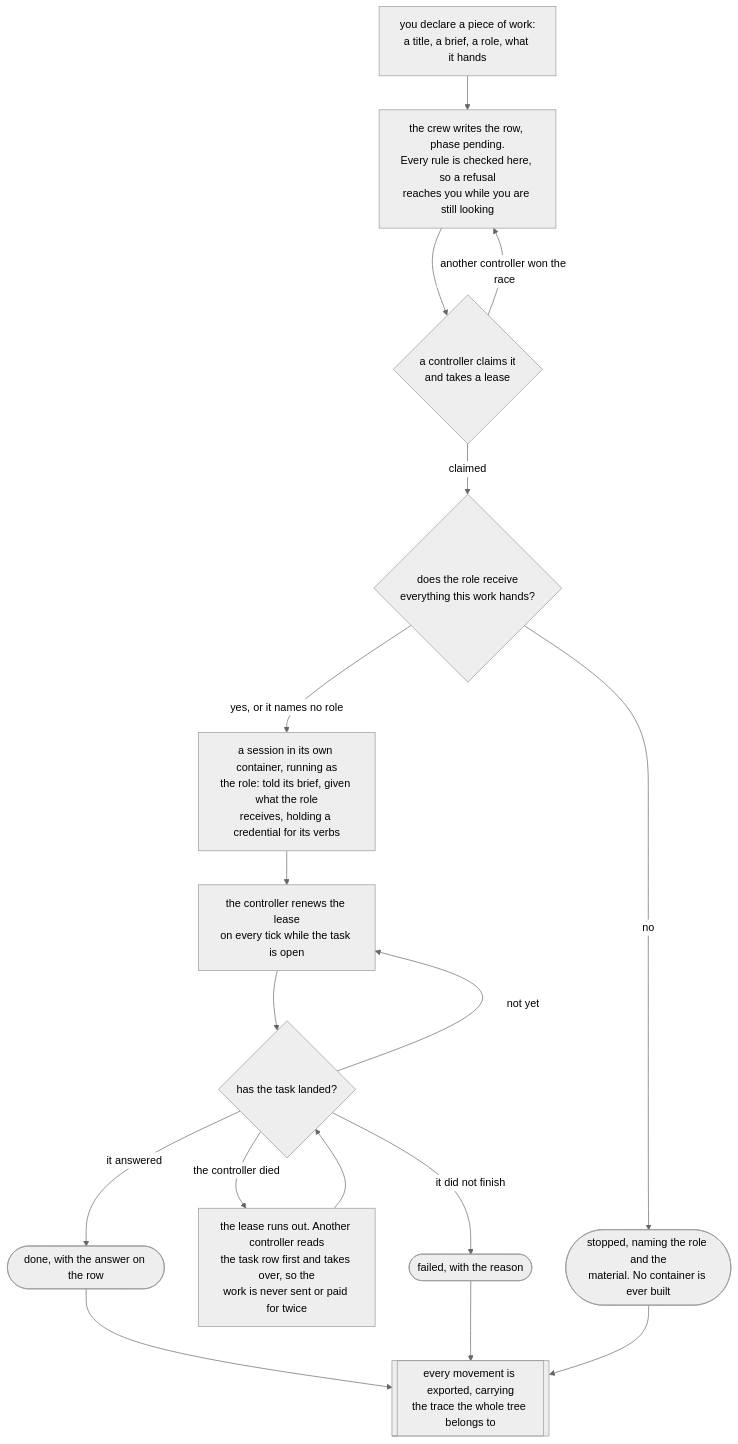
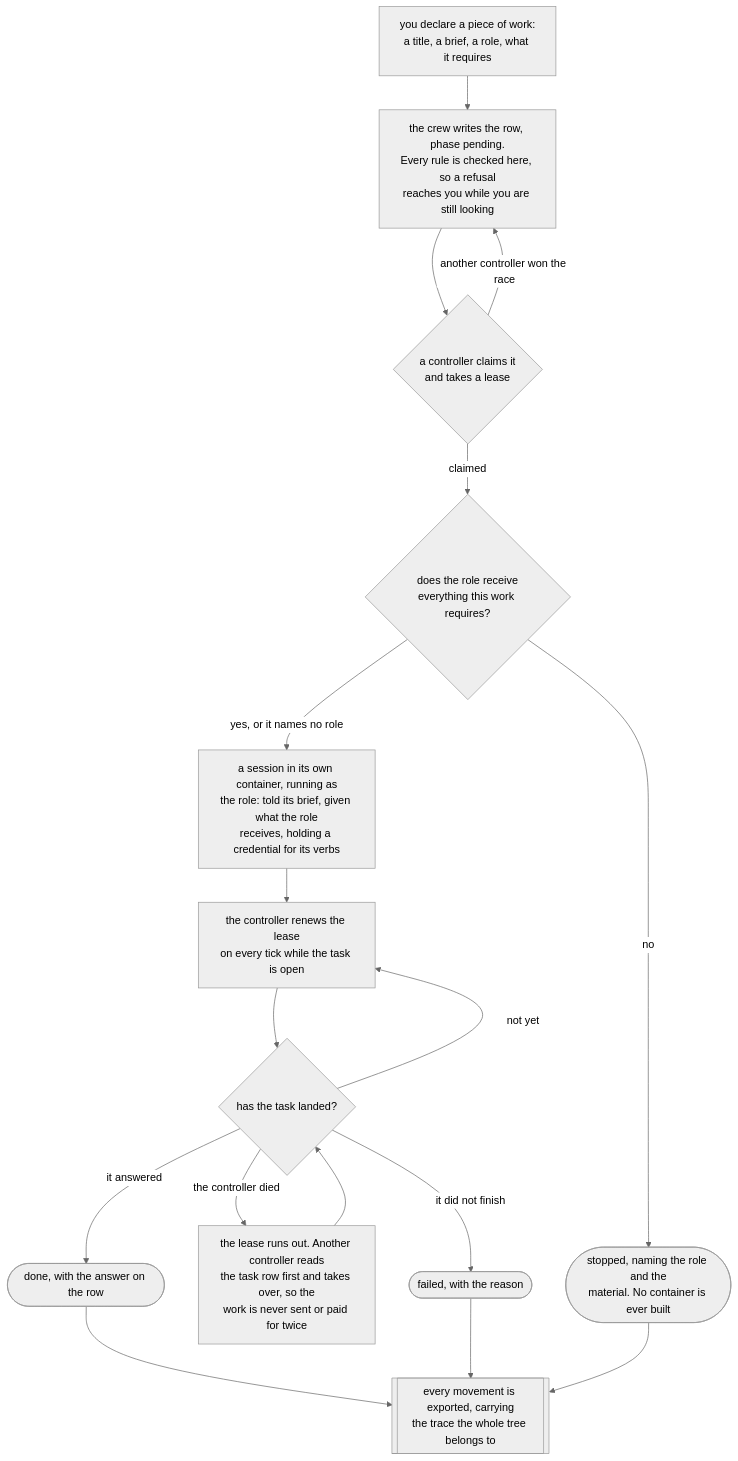
The first of 18 diagrams in docs/ORCHESTRATION.md (atlantic-blue/quay-crew), drawn with Mermaid (neutral theme) before and after one commit. The commit also changed other lines of this file and 27 other files, not shown here.

Commit message:
refactor: what a piece of work cannot be done without is what it requires

````diff
--- a/docs/ORCHESTRATION.md
+++ b/docs/ORCHESTRATION.md
@@ -145,20 +145,20 @@
 ```mermaid
 flowchart TD
-    DECLARE["you declare a piece of work:<br/>a title, a brief, a role, what it hands"]
+    DECLARE["you declare a piece of work:<br/>a title, a brief, a role, what it requires"]
     DECLARE --> ROW["the crew writes the row, phase pending.<br/>Every rule is checked here, so a refusal<br/>reaches you while you are still looking"]
     ROW --> CLAIM{"a controller claims it<br/>and takes a lease"}
     CLAIM -->|"another controller won the race"| ROW
-    CLAIM -->|"claimed"| RECEIVES{"does the role receive<br/>everything this work hands?"}
+    CLAIM -->|"claimed"| RECEIVES{"does the role receive<br/>everything this work requires?"}
     RECEIVES -->|"no"| STOPPED(["stopped, naming the role and the<br/>material. No container is ever built"])
     RECEIVES -->|"yes, or it names no role"| SESSION["a session in its own container, running as<br/>the role: told its brief, given what the role<br/>receives, holding a credential for its verbs"]
     SESSION --> RENEW["the controller renews the lease<br/>on every tick while the task is open"]
     RENEW --> LANDED{"has the task landed?"}
     LANDED -->|"not yet"| RENEW
     LANDED -->|"the controller died"| TAKEOVER["the lease runs out. Another controller reads<br/>the task row first and takes over, so the<br/>work is never sent or paid for twice"]
     TAKEOVER --> LANDED
     LANDED -->|"it answered"| DONE(["done, with the answer on the row"])
     LANDED -->|"it did not finish"| FAILED(["failed, with the reason"])
     DONE --> RECORD[["every movement is exported, carrying<br/>the trace the whole tree belongs to"]]
     FAILED --> RECORD
     STOPPED --> RECORD
 ```
````
